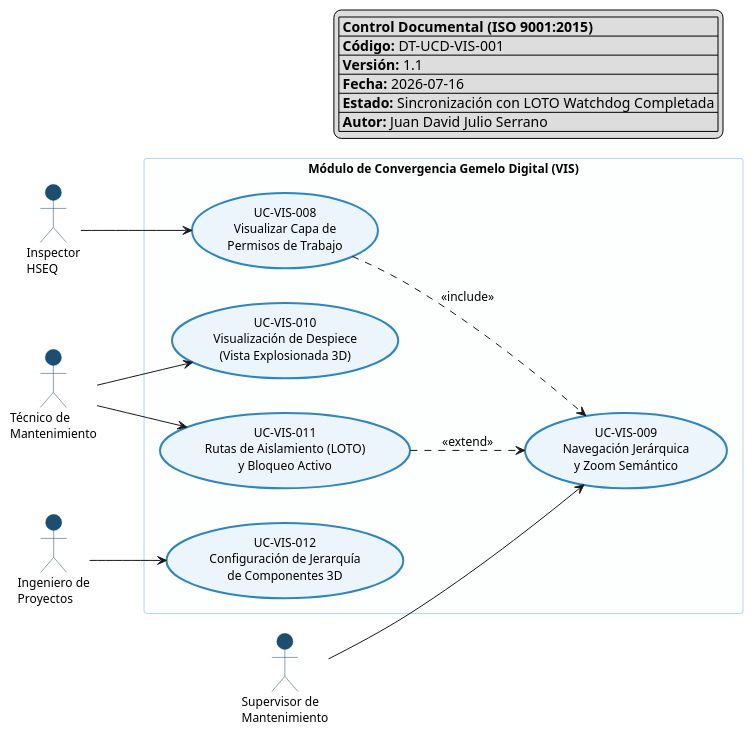
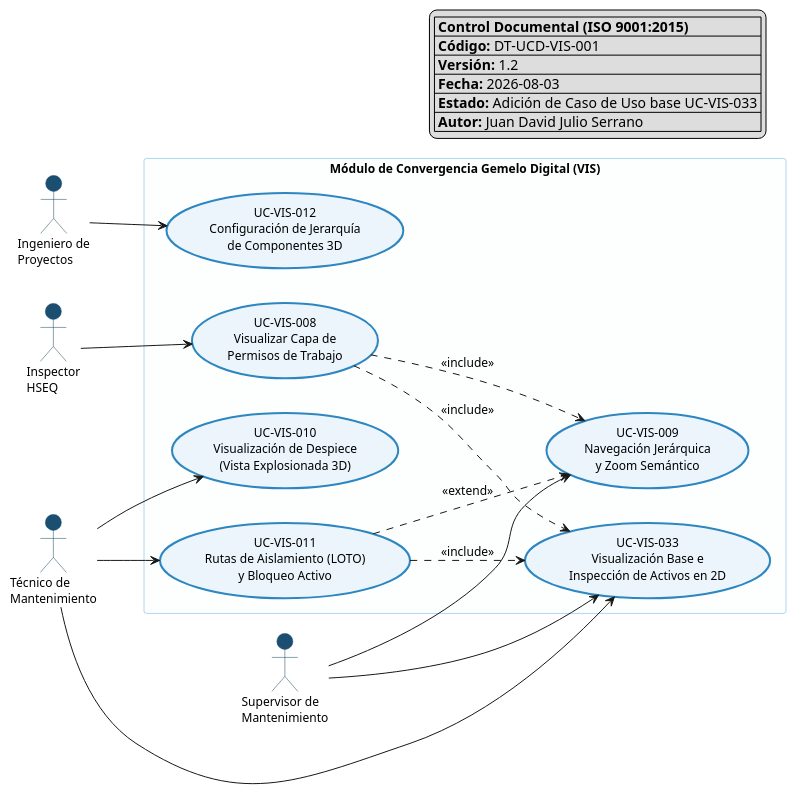
One commit to Novav20/adso-dteam-docs changed the diagram in domain-models/use-cases/vis/vis-use-cases.puml. Above: the diagram before and after it, drawn with PlantUML. The commit also changed 4 other files, not shown here.

```diff
--- a/domain-models/use-cases/vis/vis-use-cases.puml
+++ b/domain-models/use-cases/vis/vis-use-cases.puml
@@ -1,65 +1,71 @@
 @startuml VIS-UseCases
 skinparam packageStyle rectangle
 left to right direction
 
 ' --- CONFIGURACIÓN VISUAL ---
 skinparam usecase {
   BackgroundColor #EBF5FB
   BorderColor #2E86C1
   BorderThickness 2
   FontName Segoe UI
   FontSize 12
 }
 skinparam actor {
   BackgroundColor #1B4F72
   BorderColor #154360
   FontName Segoe UI
   FontSize 11
 }
 skinparam package {
   BackgroundColor #FDFEFE
   BorderColor #AED6F1
   FontName Segoe UI
   FontSize 13
   FontStyle bold
 }
 skinparam defaultFontName "Segoe UI"
 skinparam defaultFontSize 12
 
 legend top right
 |= Control Documental (ISO 9001:2015) |
 | **Código:** DT-UCD-VIS-001 |
-| **Versión:** 1.1 |
-| **Fecha:** 2026-07-16 |
-| **Estado:** Sincronización con LOTO Watchdog Completada |
+| **Versión:** 1.2 |
+| **Fecha:** 2026-08-03 |
+| **Estado:** Adición de Caso de Uso base UC-VIS-033 |
 | **Autor:** Juan David Julio Serrano |
 endlegend
 
 ' --- ACTORES ---
 actor "Inspector\nHSEQ" as HSEQ #1B4F72
 actor "Técnico de\nMantenimiento" as Tecnico #1B4F72
 actor "Supervisor de\nMantenimiento" as Supervisor #1B4F72
 actor "Ingeniero de\nProyectos" as Ingeniero #1B4F72
 
 ' --- PAQUETE PRINCIPAL ---
 package "Módulo de Convergencia Gemelo Digital (VIS)" {
 
   usecase "UC-VIS-008\nVisualizar Capa de\nPermisos de Trabajo" as UCVIS008 #EBF5FB
   usecase "UC-VIS-009\nNavegación Jerárquica\ny Zoom Semántico" as UCVIS009 #EBF5FB
   usecase "UC-VIS-010\nVisualización de Despiece\n(Vista Explosionada 3D)" as UCVIS010 #EBF5FB
   usecase "UC-VIS-011\nRutas de Aislamiento (LOTO)\ny Bloqueo Activo" as UCVIS011 #EBF5FB
   usecase "UC-VIS-012\nConfiguración de Jerarquía\nde Componentes 3D" as UCVIS012 #EBF5FB
+  usecase "UC-VIS-033\nVisualización Base e\nInspección de Activos en 2D" as UCVIS033 #EBF5FB
+
 }
 
 ' --- RELACIONES ACTOR - CASO DE USO ---
 HSEQ --> UCVIS008
+Supervisor --> UCVIS033
 Supervisor --> UCVIS009
 Tecnico --> UCVIS010
 Tecnico --> UCVIS011
+Tecnico --> UCVIS033
 Ingeniero --> UCVIS012
 
 ' --- RELACIONES INTER-CASOS DE USO (Include/Extend) ---
 UCVIS011 ..> UCVIS009 : <<extend>>
 UCVIS008 ..> UCVIS009 : <<include>>
+UCVIS008 ..> UCVIS033 : <<include>>
+UCVIS011 ..> UCVIS033 : <<include>>
 
 @enduml
```
